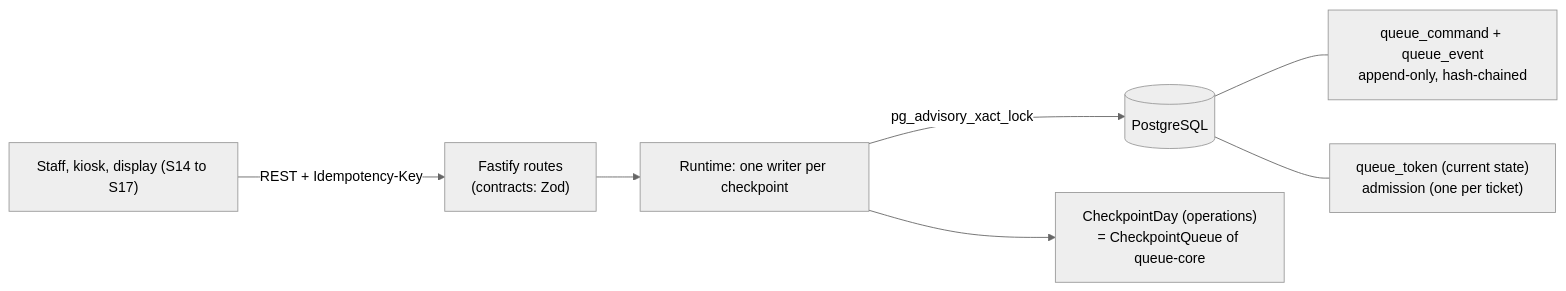
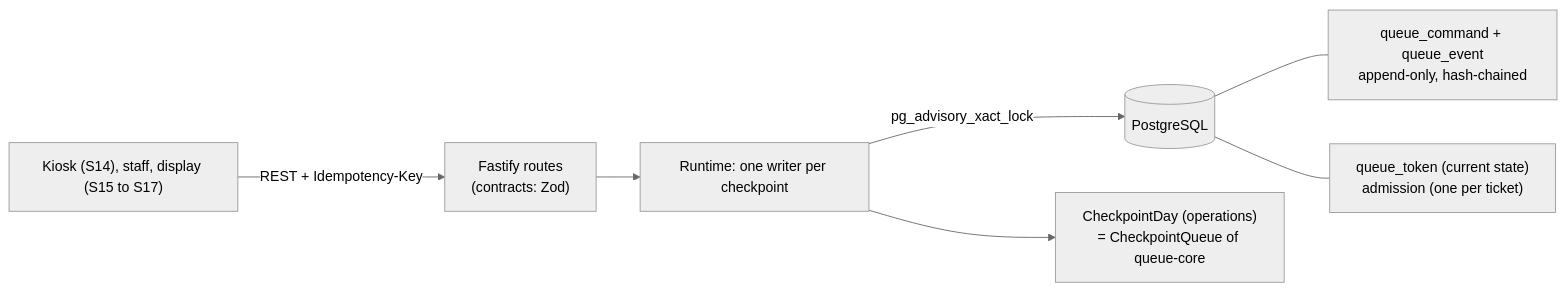
Before and after one commit to leviuzz/gaterush: the second of 4 diagrams in ARCHITECTURE.md, drawn with Mermaid (neutral theme). The commit also changed other lines of this file and 50 other files, not shown here.

````diff
--- a/ARCHITECTURE.md
+++ b/ARCHITECTURE.md
@@ -600,9 +607,9 @@
 ```mermaid
 flowchart LR
-  client["Staff, kiosk, display (S14 to S17)"] -->|"REST + Idempotency-Key"| routes["Fastify routes<br/>(contracts: Zod)"]
+  client["Kiosk (S14), staff, display (S15 to S17)"] -->|"REST + Idempotency-Key"| routes["Fastify routes<br/>(contracts: Zod)"]
   routes --> runtime["Runtime: one writer per checkpoint"]
   runtime -->|"pg_advisory_xact_lock"| db[("PostgreSQL")]
   runtime --> day["CheckpointDay (operations)<br/>= CheckpointQueue of queue-core"]
   db --- log["queue_command + queue_event<br/>append-only, hash-chained"]
   db --- state["queue_token (current state)<br/>admission (one per ticket)"]
 ```
````
